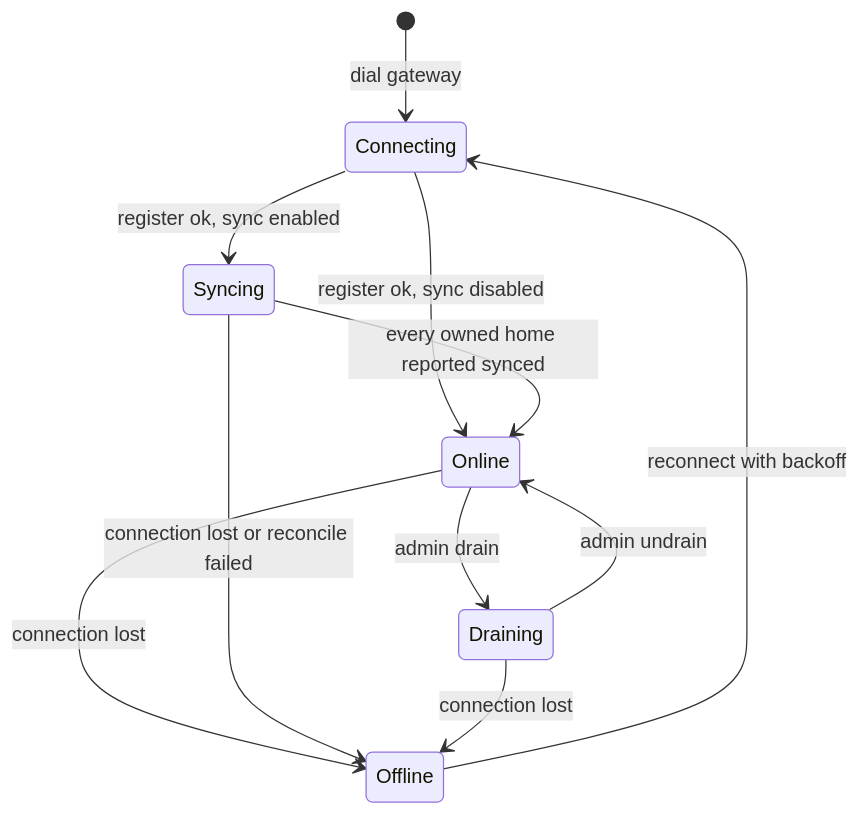
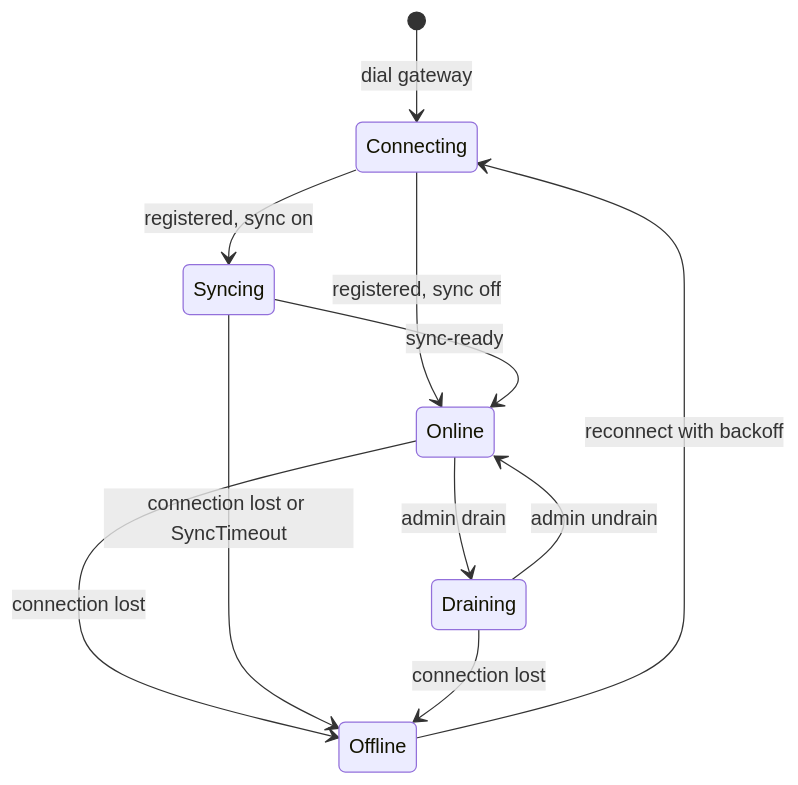
Before and after one commit to vickeykumar/openrepl: the second of 2 diagrams in docs/lld/12-workspace-sync.md, drawn with Mermaid. The commit also changed other lines of this file and 72 other files, not shown here.

````diff
--- a/docs/lld/12-workspace-sync.md
+++ b/docs/lld/12-workspace-sync.md
@@ -191,13 +253,13 @@
 ```mermaid
 stateDiagram-v2
     [*] --> Connecting: dial gateway
-    Connecting --> Syncing: register ok, sync enabled
-    Connecting --> Online: register ok, sync disabled
-    Syncing --> Online: every owned home reported synced
+    Connecting --> Syncing: registered, sync on
+    Connecting --> Online: registered, sync off
+    Syncing --> Online: sync-ready
     Online --> Draining: admin drain
     Draining --> Online: admin undrain
     Online --> Offline: connection lost
-    Syncing --> Offline: connection lost or reconcile failed
+    Syncing --> Offline: connection lost or SyncTimeout
     Draining --> Offline: connection lost
     Offline --> Connecting: reconnect with backoff
 ```
````
